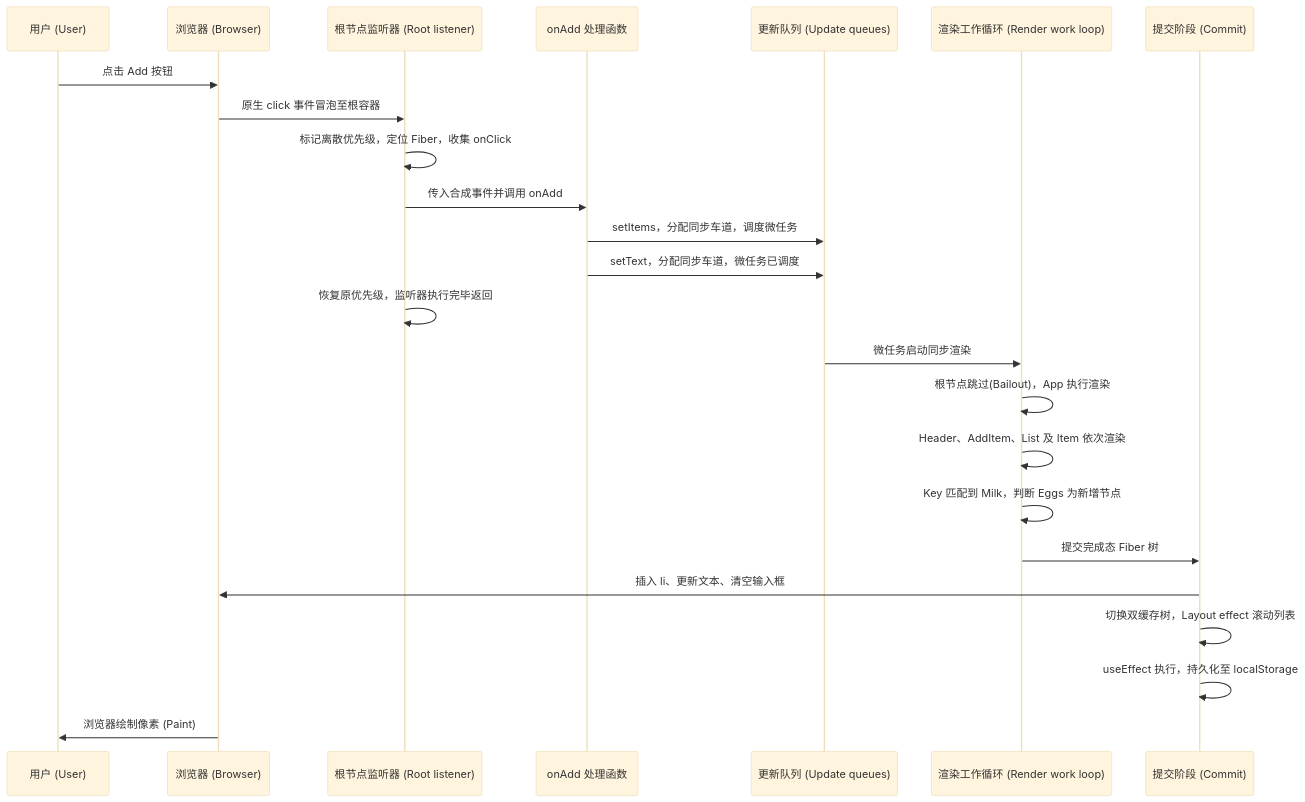
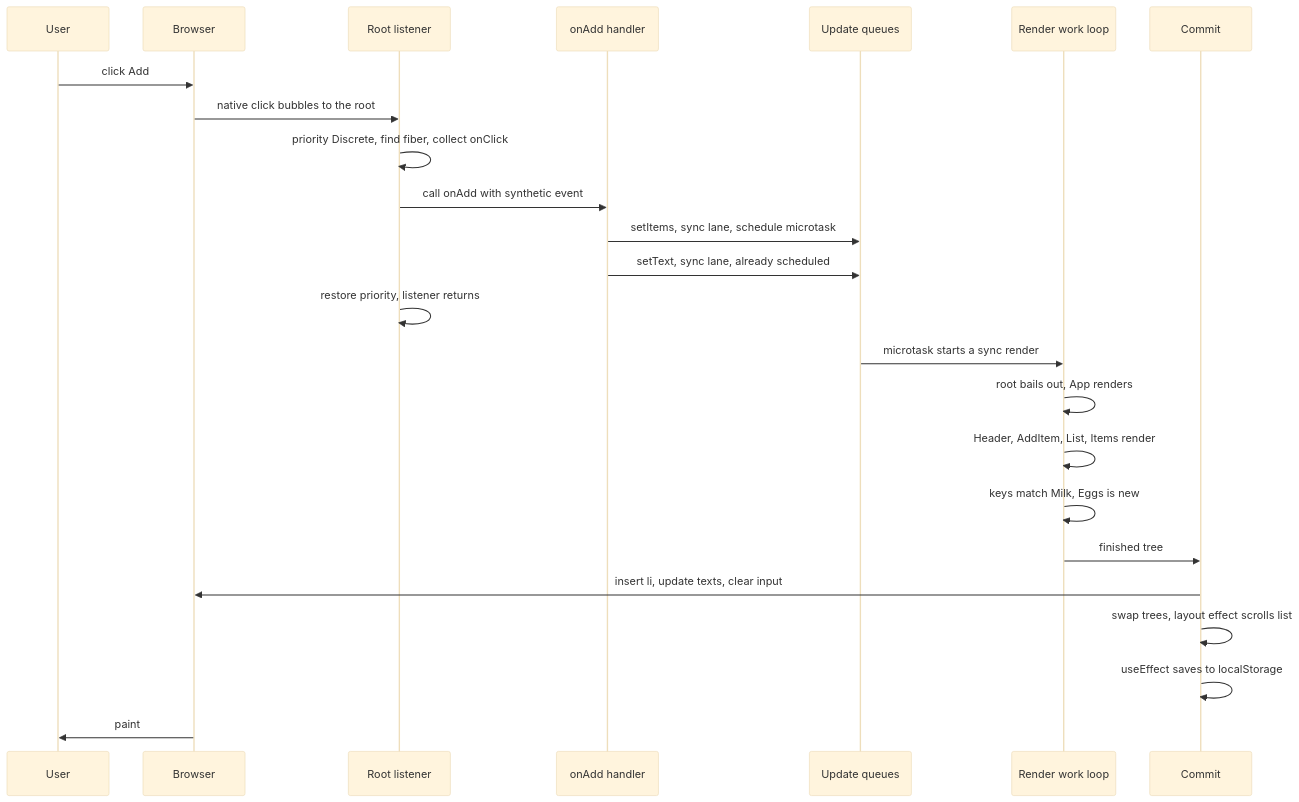
The first of 2 diagrams in content/react-concepts/12 A Click, Start to Finish.md (ZhaoTim/react-garden-zh), drawn with Mermaid (base theme) before and after one commit. The commit also changed other lines of this file and 12 other files, not shown here.

Commit message:
fix: restore all Mermaid diagrams to original English technical terms

````diff
--- a/content/react-concepts/12 A Click, Start to Finish.md
+++ b/content/react-concepts/12 A Click, Start to Finish.md
@@ -46,26 +46,26 @@
 ```mermaid
 sequenceDiagram
-  participant U as 用户 (User)
-  participant B as 浏览器 (Browser)
-  participant L as 根节点监听器 (Root listener)
-  participant H as onAdd 处理函数
-  participant Q as 更新队列 (Update queues)
-  participant W as 渲染工作循环 (Render work loop)
-  participant C as 提交阶段 (Commit)
-  U->>B: 点击 Add 按钮
-  B->>L: 原生 click 事件冒泡至根容器
-  L->>L: 标记离散优先级，定位 Fiber，收集 onClick
-  L->>H: 传入合成事件并调用 onAdd
-  H->>Q: setItems，分配同步车道，调度微任务
-  H->>Q: setText，分配同步车道，微任务已调度
-  L->>L: 恢复原优先级，监听器执行完毕返回
-  Q->>W: 微任务启动同步渲染
-  W->>W: 根节点跳过(Bailout)，App 执行渲染
-  W->>W: Header、AddItem、List 及 Item 依次渲染
-  W->>W: Key 匹配到 Milk，判断 Eggs 为新增节点
-  W->>C: 提交完成态 Fiber 树
-  C->>B: 插入 li、更新文本、清空输入框
-  C->>C: 切换双缓存树，Layout effect 滚动列表
-  C->>C: useEffect 执行，持久化至 localStorage
-  B->>U: 浏览器绘制像素 (Paint)
+  participant U as User
+  participant B as Browser
+  participant L as Root listener
+  participant H as onAdd handler
+  participant Q as Update queues
+  participant W as Render work loop
+  participant C as Commit
+  U->>B: click Add
+  B->>L: native click bubbles to the root
+  L->>L: priority Discrete, find fiber, collect onClick
+  L->>H: call onAdd with synthetic event
+  H->>Q: setItems, sync lane, schedule microtask
+  H->>Q: setText, sync lane, already scheduled
+  L->>L: restore priority, listener returns
+  Q->>W: microtask starts a sync render
+  W->>W: root bails out, App renders
+  W->>W: Header, AddItem, List, Items render
+  W->>W: keys match Milk, Eggs is new
+  W->>C: finished tree
+  C->>B: insert li, update texts, clear input
+  C->>C: swap trees, layout effect scrolls list
+  C->>C: useEffect saves to localStorage
+  B->>U: paint
 ```
````
